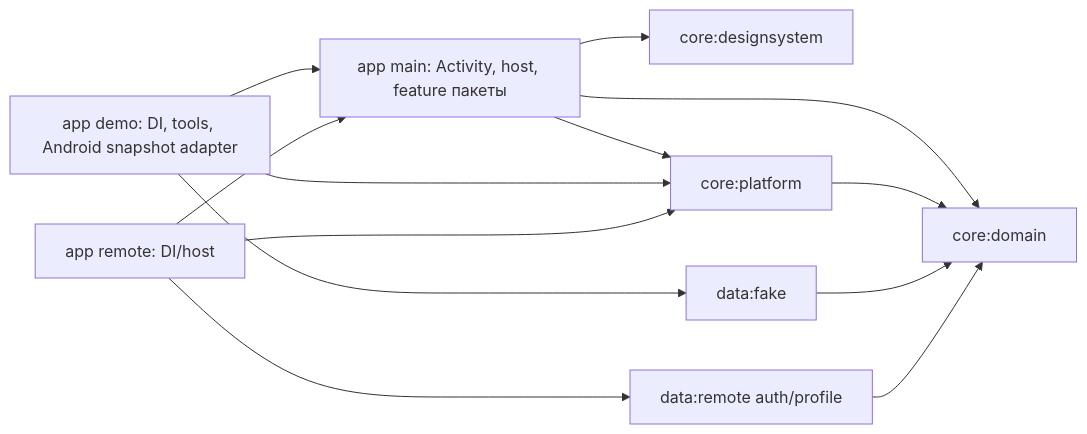
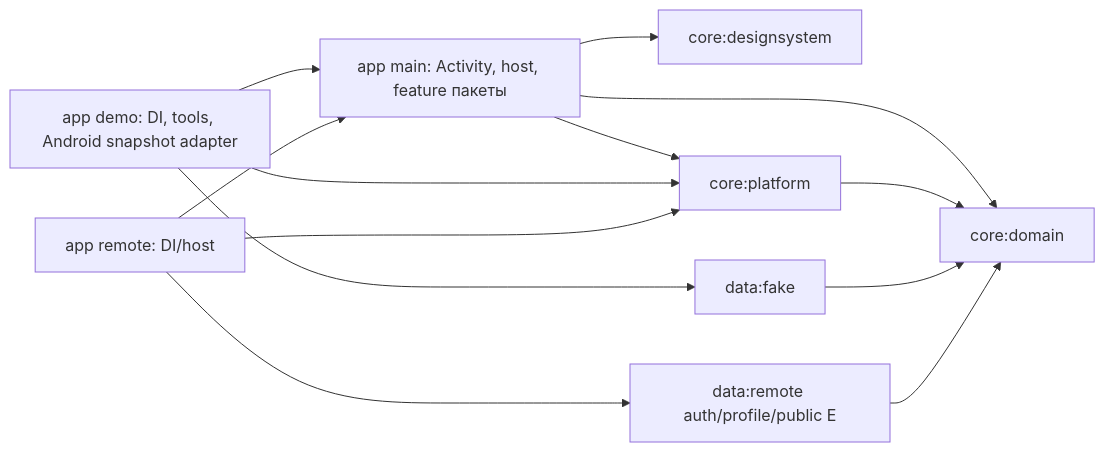
One commit to XataBq/EventManager changed the first of 2 diagrams in docs/02-architecture.md. Above: the diagram before and after it, drawn with Mermaid. The commit also changed other lines of this file and 39 other files, not shown here.

````diff
--- a/docs/02-architecture.md
+++ b/docs/02-architecture.md
@@ -13,15 +11,15 @@
 ```mermaid
 flowchart LR
     appMain["app main: Activity, host, feature пакеты"] --> domain["core:domain"]
     appMain --> design["core:designsystem"]
     appMain --> platform["core:platform"]
     platform --> domain
     demo["app demo: DI, tools, Android snapshot adapter"] --> appMain
     demo --> fake["data:fake"]
     fake --> domain
     demo --> platform
     remoteApp["app remote: DI/host"] --> appMain
-    remoteApp --> remote["data:remote auth/profile"]
+    remoteApp --> remote["data:remote auth/profile/public E"]
     remote --> domain
     remoteApp --> platform
 ```
````
